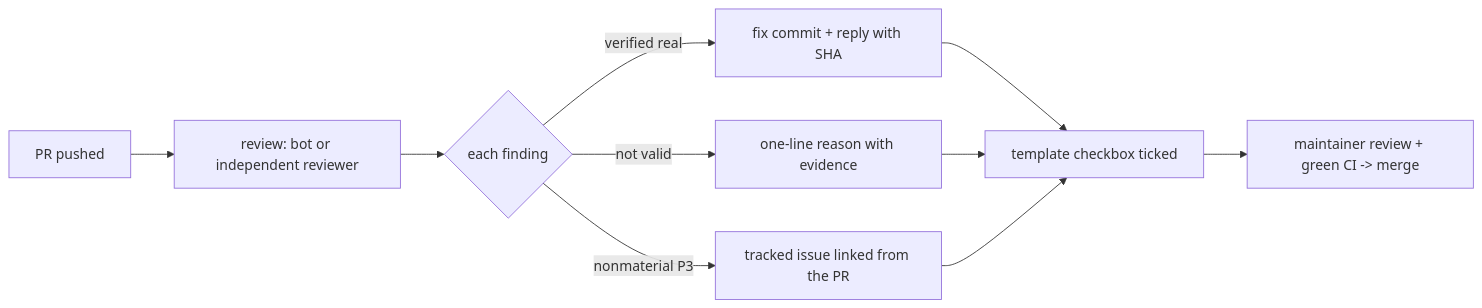
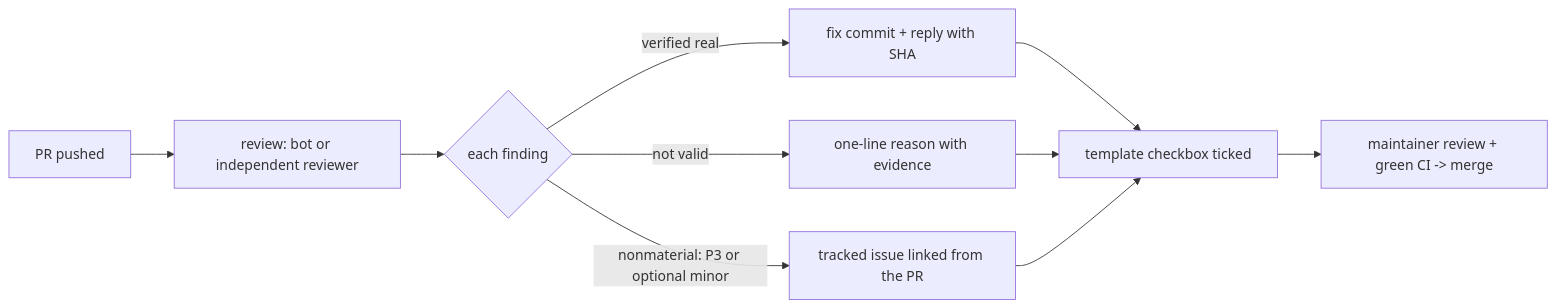
The diagram in design/ai-review-findings.md (reihlinstinct/ginot-hair-plans), drawn with Mermaid before and after one commit. The commit also changed other lines of this file and 1 other file, not shown here.

Commit message:
docs: review bodies are on main; wrap bullet; diagram label covers optional minor (#454, #1135)

````diff
--- a/design/ai-review-findings.md
+++ b/design/ai-review-findings.md
@@ -71,12 +72,12 @@
 ```mermaid
 flowchart LR
   PR[PR pushed] --> BOT[review: bot or independent reviewer]
   BOT --> F{each finding}
   F -->|verified real| FIX[fix commit + reply with SHA]
   F -->|not valid| REJ[one-line reason with evidence]
-  F -->|nonmaterial P3| ISS[tracked issue linked from the PR]
+  F -->|nonmaterial: P3 or optional minor| ISS[tracked issue linked from the PR]
   FIX --> CHK[template checkbox ticked]
   REJ --> CHK
   ISS --> CHK
   CHK --> M[maintainer review + green CI -> merge]
 ```
````
